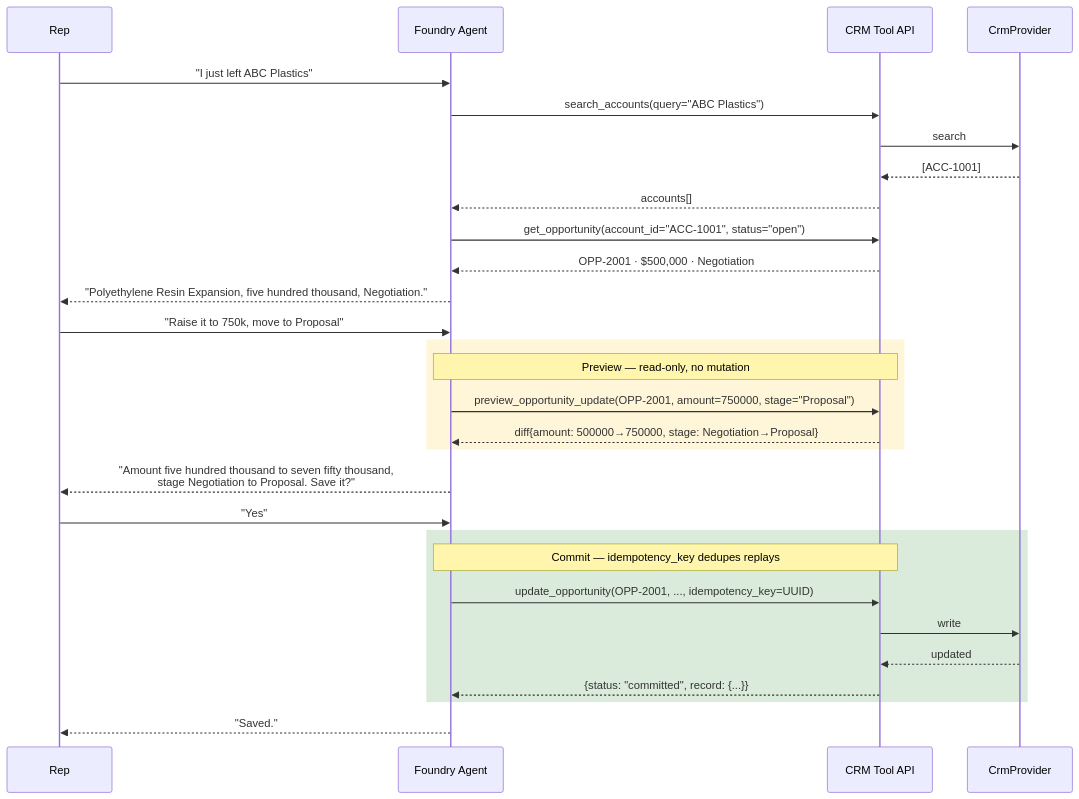
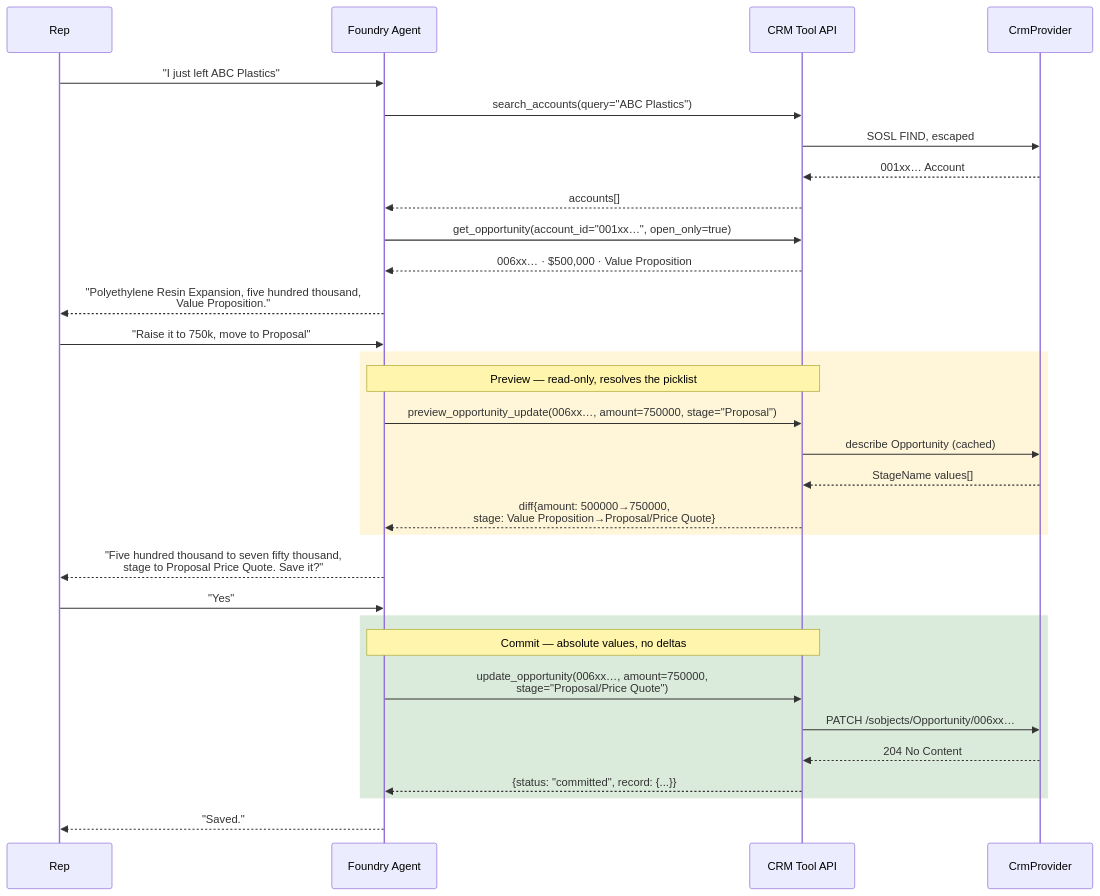
Before and after one commit to mikefelder/foundry-voice-agent-crm-poc: the third of 7 diagrams in README.md, drawn with Mermaid. The commit also changed other lines of this file, not shown here.

````diff
--- a/README.md
+++ b/README.md
@@ -153,34 +163,36 @@
 ```mermaid
 sequenceDiagram
     participant R as Rep
     participant A as Foundry Agent
     participant T as CRM Tool API
     participant D as CrmProvider
 
     R->>A: "I just left ABC Plastics"
     A->>T: search_accounts(query="ABC Plastics")
-    T->>D: search
-    D-->>T: [ACC-1001]
+    T->>D: SOSL FIND, escaped
+    D-->>T: 001xx… Account
     T-->>A: accounts[]
-    A->>T: get_opportunity(account_id="ACC-1001", status="open")
-    T-->>A: OPP-2001 · $500,000 · Negotiation
-    A-->>R: "Polyethylene Resin Expansion, five hundred thousand, Negotiation."
+    A->>T: get_opportunity(account_id="001xx…", open_only=true)
+    T-->>A: 006xx… · $500,000 · Value Proposition
+    A-->>R: "Polyethylene Resin Expansion, five hundred thousand,<br/>Value Proposition."
 
     R->>A: "Raise it to 750k, move to Proposal"
     rect rgba(255,193,7,0.15)
-        Note over A,T: Preview — read-only, no mutation
-        A->>T: preview_opportunity_update(OPP-2001, amount=750000, stage="Proposal")
-        T-->>A: diff{amount: 500000→750000, stage: Negotiation→Proposal}
+        Note over A,T: Preview — read-only, resolves the picklist
+        A->>T: preview_opportunity_update(006xx…, amount=750000, stage="Proposal")
+        T->>D: describe Opportunity (cached)
+        D-->>T: StageName values[]
+        T-->>A: diff{amount: 500000→750000,<br/>stage: Value Proposition→Proposal/Price Quote}
     end
-    A-->>R: "Amount five hundred thousand to seven fifty thousand,<br/>stage Negotiation to Proposal. Save it?"
+    A-->>R: "Five hundred thousand to seven fifty thousand,<br/>stage to Proposal Price Quote. Save it?"
 
     R->>A: "Yes"
     rect rgba(16,124,16,0.15)
-        Note over A,T: Commit — idempotency_key dedupes replays
-        A->>T: update_opportunity(OPP-2001, ..., idempotency_key=UUID)
-        T->>D: write
-        D-->>T: updated
+        Note over A,T: Commit — absolute values, no deltas
+        A->>T: update_opportunity(006xx…, amount=750000,<br/>stage="Proposal/Price Quote")
+        T->>D: PATCH /sobjects/Opportunity/006xx…
+        D-->>T: 204 No Content
         T-->>A: {status: "committed", record: {...}}
     end
     A-->>R: "Saved."
 ```
````
